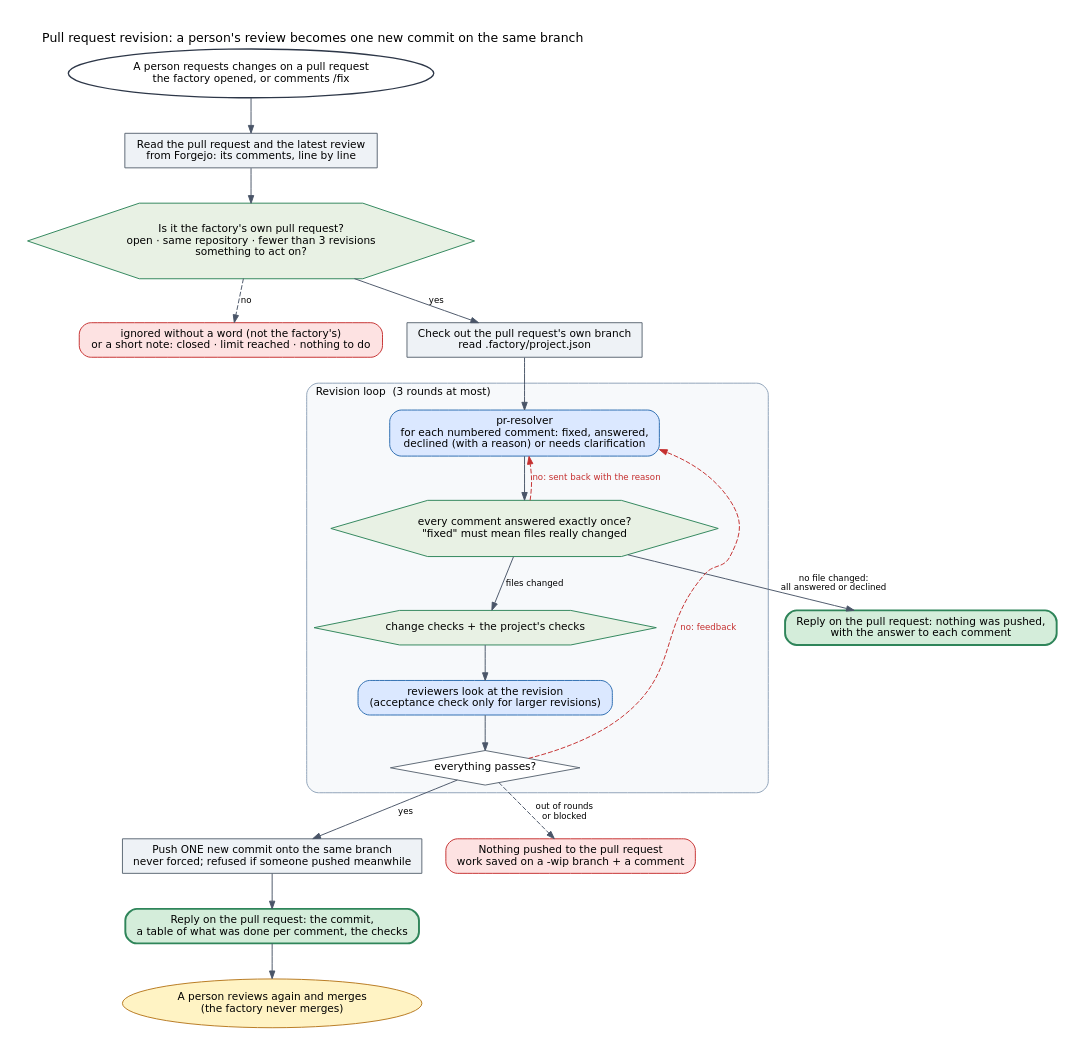
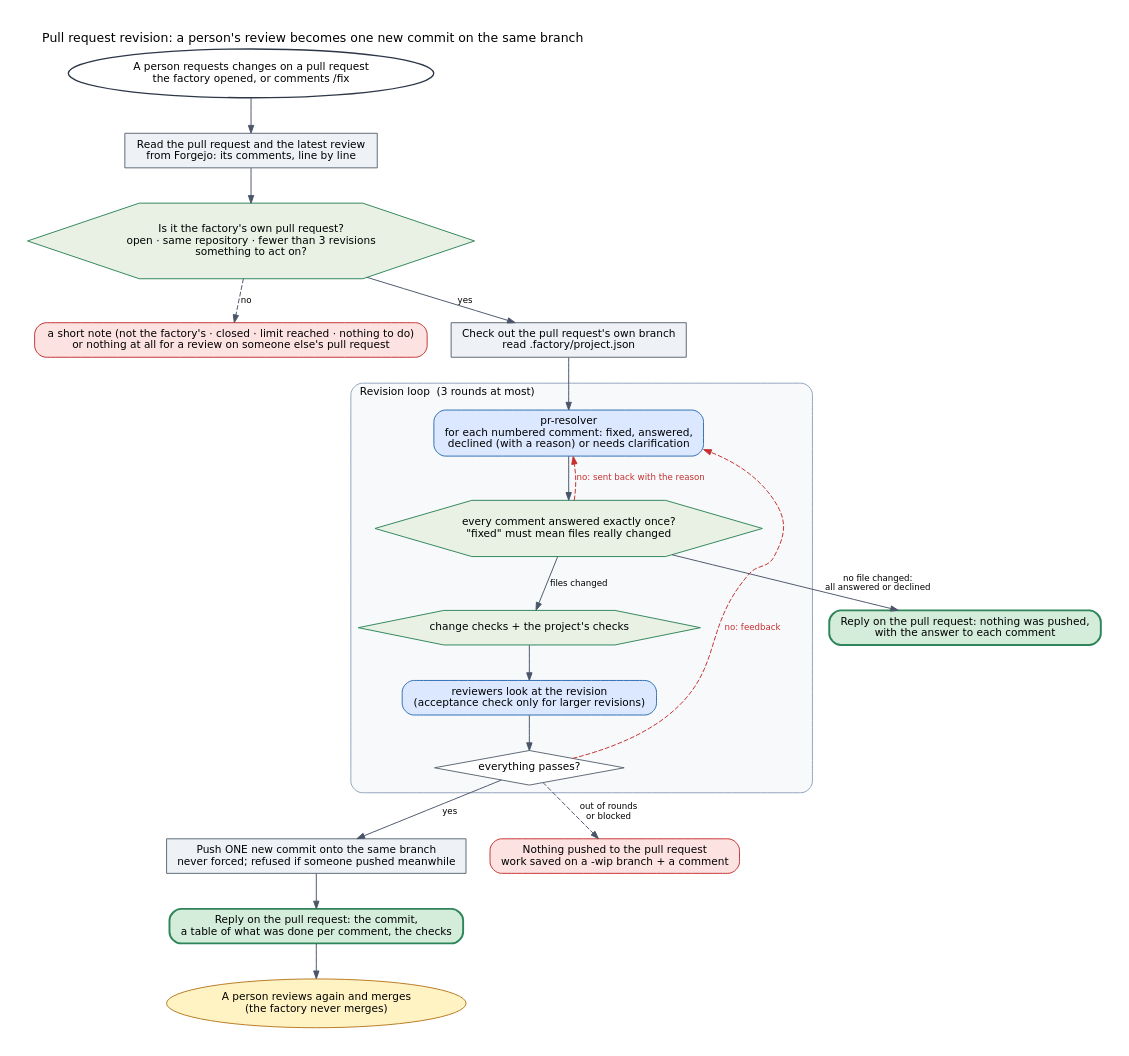
The diagram in docs/diagrams/pr-revision.dot (ai-sdlc-factory/ai-sdlc-factory), drawn with Graphviz before and after one commit. The commit also changed 12 other files, not shown here.

First line of the commit message:
Tell a person why /fix and /update on someone else's pull request did nothing

```diff
--- a/docs/diagrams/pr-revision.dot
+++ b/docs/diagrams/pr-revision.dot
@@ -1,39 +1,39 @@
 digraph pr_revision {
   graph [rankdir=TB, fontname="DejaVu Sans", fontsize=13, bgcolor=white, pad=0.3, nodesep=0.35, ranksep=0.5, labelloc=t, labeljust=l, compound=true];
   node  [fontname="DejaVu Sans", fontsize=11, shape=box, style="rounded,filled", margin="0.15,0.08", fillcolor="#eef2f6", color="#5b6773"];
   edge  [fontname="DejaVu Sans", fontsize=9, color="#4a5568", arrowsize=0.8];
   label="Pull request revision: a person's review becomes one new commit on the same branch";
 
   start  [label="A person requests changes on a pull request\nthe factory opened, or comments /fix", shape=oval, style="filled", fillcolor="#ffffff", color="#2d3748", penwidth=1.4];
   read   [label="Read the pull request and the latest review\nfrom Forgejo: its comments, line by line", shape=box, style="filled", fillcolor="#eef2f6", color="#5b6773"];
   rules  [label="Is it the factory's own pull request?\nopen · same repository · fewer than 3 revisions\nsomething to act on?", shape=hexagon, style="filled", fillcolor="#e8f1e4", color="#2f855a"];
-  refuse [label="ignored without a word (not the factory's)\nor a short note: closed · limit reached · nothing to do", shape=box, style="rounded,filled", fillcolor="#fde2e2", color="#c53030"];
+  refuse [label="a short note (not the factory's · closed · limit reached · nothing to do)\nor nothing at all for a review on someone else's pull request", shape=box, style="rounded,filled", fillcolor="#fde2e2", color="#c53030"];
   intake [label="Check out the pull request's own branch\nread .factory/project.json", shape=box, style="filled", fillcolor="#eef2f6", color="#5b6773"];
 
   subgraph cluster_loop {
     label="Revision loop  (3 rounds at most)"; style="rounded,filled"; color="#8fa3b8"; fillcolor="#f7f9fb"; fontsize=11;
     resolver [label="pr-resolver\nfor each numbered comment: fixed, answered,\ndeclined (with a reason) or needs clarification", shape=box, style="rounded,filled", fillcolor="#dbe8ff", color="#2b6cb0"];
     answers  [label="every comment answered exactly once?\n\"fixed\" must mean files really changed", shape=hexagon, style="filled", fillcolor="#e8f1e4", color="#2f855a"];
     checks   [label="change checks + the project's checks", shape=hexagon, style="filled", fillcolor="#e8f1e4", color="#2f855a"];
     reviewers[label="reviewers look at the revision\n(acceptance check only for larger revisions)", shape=box, style="rounded,filled", fillcolor="#dbe8ff", color="#2b6cb0"];
     ok       [label="everything passes?", shape=diamond, style="filled", fillcolor="#ffffff", color="#5b6773", margin="0.05,0.05"];
   }
   replied [label="Reply on the pull request: nothing was pushed,\nwith the answer to each comment", shape=box, style="rounded,filled,bold", fillcolor="#d4edda", color="#2f855a"];
   push    [label="Push ONE new commit onto the same branch\nnever forced; refused if someone pushed meanwhile", shape=box, style="filled", fillcolor="#eef2f6", color="#5b6773"];
   reply   [label="Reply on the pull request: the commit,\na table of what was done per comment, the checks", shape=box, style="rounded,filled,bold", fillcolor="#d4edda", color="#2f855a"];
   again   [label="A person reviews again and merges\n(the factory never merges)", shape=ellipse, style="filled", fillcolor="#fff3c4", color="#b7791f"];
   wip     [label="Nothing pushed to the pull request\nwork saved on a -wip branch + a comment", shape=box, style="rounded,filled", fillcolor="#fde2e2", color="#c53030"];
 
   start -> read -> rules;
   rules -> refuse [label="no", style=dashed];
   rules -> intake [label="yes"];
   intake -> resolver -> answers;
   answers -> resolver [label="no: sent back with the reason", style=dashed, color="#c53030", fontcolor="#c53030", constraint=false];
   answers -> replied [label="no file changed:\nall answered or declined"];
   answers -> checks [label="files changed"];
   checks -> reviewers -> ok;
   ok -> push [label="yes"];
   ok -> resolver [label="no: feedback", style=dashed, color="#c53030", fontcolor="#c53030", constraint=false];
   ok -> wip [label="out of rounds\nor blocked", style=dashed];
   push -> reply -> again;
 }
```
